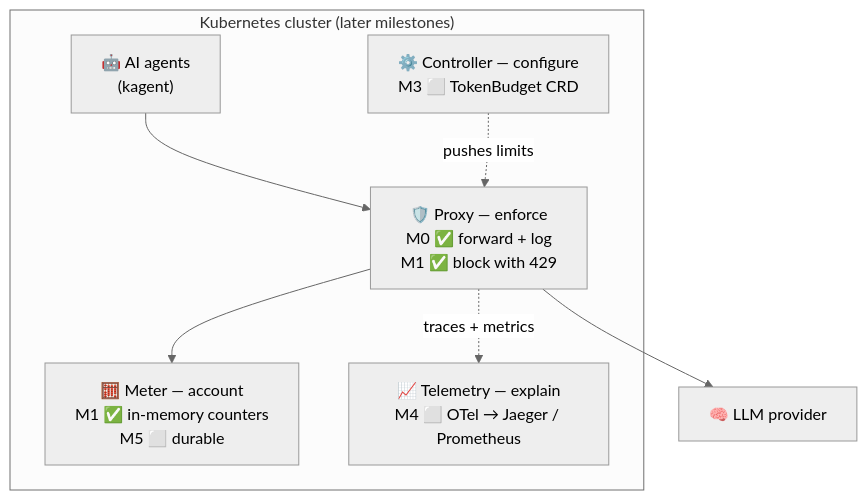
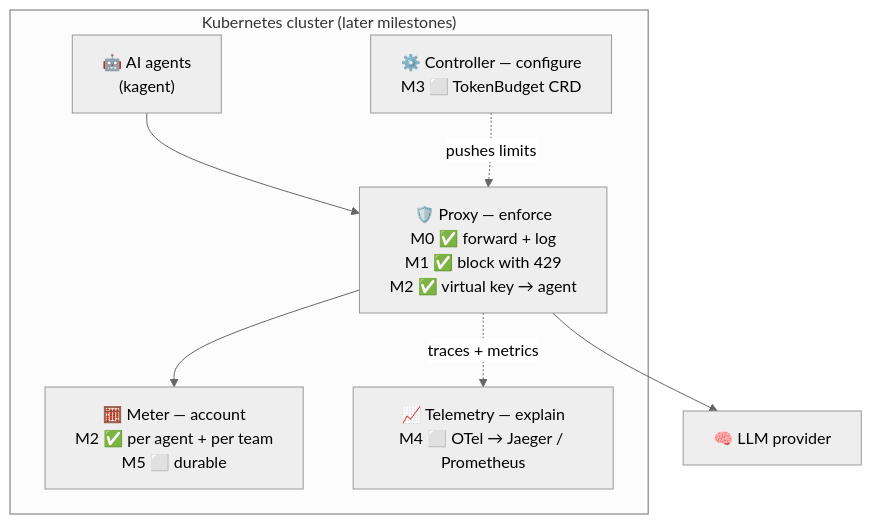
One commit to chikolavosaki-sys/agent-budget changed the first of 6 diagrams in docs/ARCHITECTURE.md. Above: the diagram before and after it, drawn with Mermaid (neutral theme). The commit also changed other lines of this file and 6 other files, not shown here.

Commit message:
docs: document virtual keys and agent budgets; record D-007, add IDEA-3 and IDEA-4

````diff
--- a/docs/ARCHITECTURE.md
+++ b/docs/ARCHITECTURE.md
@@ -7,16 +7,16 @@
 ```mermaid
 flowchart TB
     subgraph K8s["Kubernetes cluster (later milestones)"]
         Agents["🤖 AI agents<br/>(kagent)"]
-        Proxy["🛡️ Proxy — enforce<br/>M0 ✅ forward + log<br/>M1 ✅ block with 429"]
-        Meter["🧮 Meter — account<br/>M1 ✅ in-memory counters<br/>M5 ⬜ durable"]
+        Proxy["🛡️ Proxy — enforce<br/>M0 ✅ forward + log<br/>M1 ✅ block with 429<br/>M2 ✅ virtual key → agent"]
+        Meter["🧮 Meter — account<br/>M2 ✅ per agent + per team<br/>M5 ⬜ durable"]
         Ctrl["⚙️ Controller — configure<br/>M3 ⬜ TokenBudget CRD"]
         Tel["📈 Telemetry — explain<br/>M4 ⬜ OTel → Jaeger / Prometheus"]
     end
     LLM["🧠 LLM provider"]
 
     Agents --> Proxy --> LLM
     Proxy --> Meter
     Ctrl -. "pushes limits" .-> Proxy
     Proxy -. "traces + metrics" .-> Tel
 ```
````
